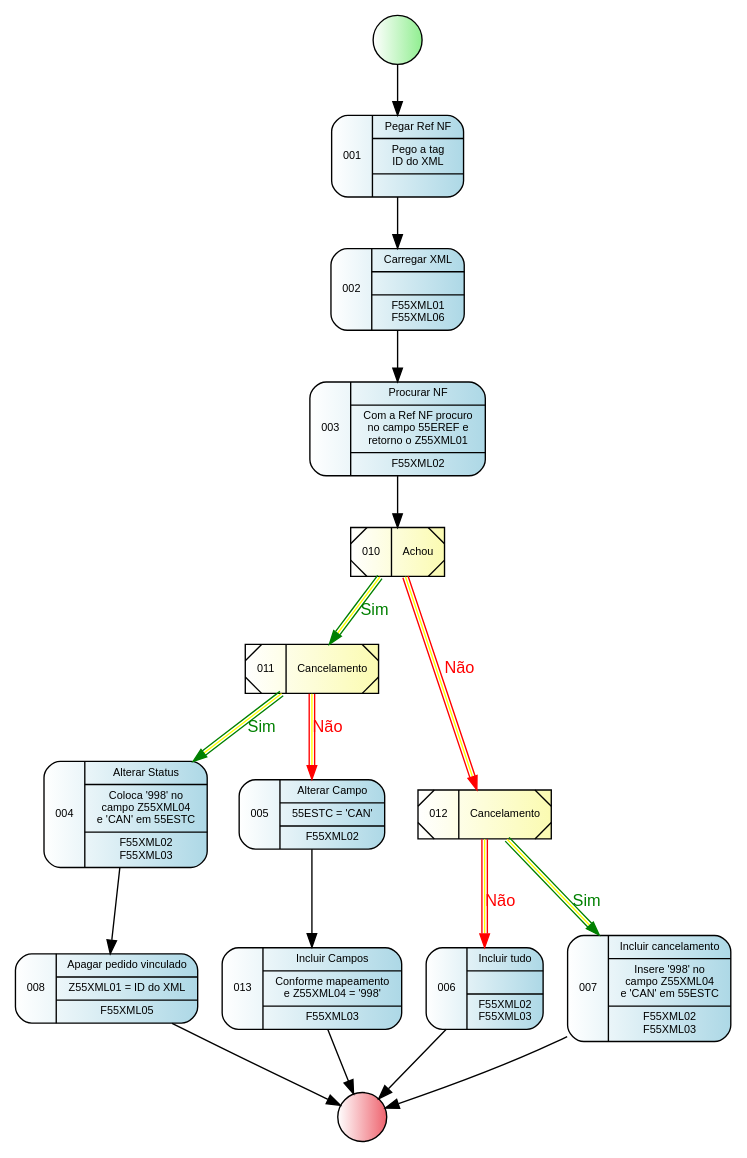
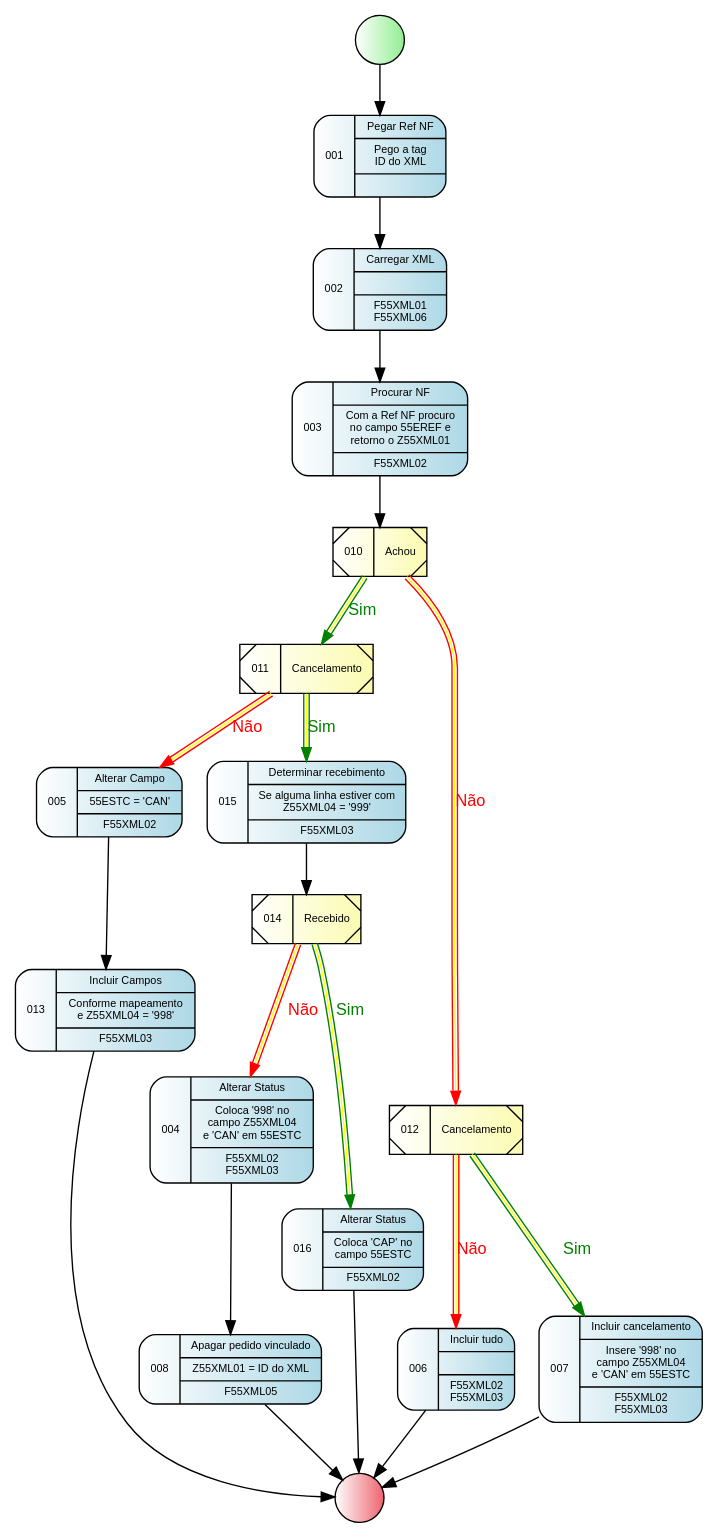
The diagram in XML Process.gv (GiovaniPM/Graphs), drawn with Graphviz before and after one commit.

Commit message:
Giovani_Mesquita(RBST10164) 200310164602

```diff
--- a/XML Process.gv
+++ b/XML Process.gv
@@ -1,126 +1,154 @@
 digraph R {
     nodeini [
                 shape=circle,
                 style="filled",
                 fillcolor="white:lightgreen",
                 label=""
             ]
     node001 [
                 fontname = "Arial",
                 fontsize = 8,
                 shape=record,
                 style="rounded,filled",
                 fillcolor="white:lightblue"
                 label="001|{Pegar Ref NF|Pego a tag\n ID do XML|}"
             ]
     node002 [
                 fontname = "Arial",
                 fontsize = 8,
                 shape=record,
                 style="rounded,filled",
                 fillcolor="white:lightblue"
                 label="002|{Carregar XML||F55XML01\nF55XML06}"
             ]
     node003 [
                 fontname = "Arial",
                 fontsize = 8,
                 shape=record,
                 style="rounded,filled",
                 fillcolor="white:lightblue"
                 label="003|{Procurar NF|Com a Ref NF procuro\nno campo 55EREF e\nretorno o Z55XML01|F55XML02}"
             ]
     node004 [
                 fontname = "Arial",
                 fontsize = 8,
                 shape=record,
                 style="rounded,filled",
                 fillcolor="white:lightblue"
                 label="004|{Alterar Status|Coloca '998' no\ncampo Z55XML04\ne 'CAN' em 55ESTC|F55XML02\nF55XML03}"
             ]
     node005 [
                 fontname = "Arial",
                 fontsize = 8,
                 shape=record,
                 style="rounded,filled",
                 fillcolor="white:lightblue"
                 label="005|{Alterar Campo|55ESTC = 'CAN'|F55XML02}"
             ]
     node006 [
                 fontname = "Arial",
                 fontsize = 8,
                 shape=record,
                 style="rounded,filled",
                 fillcolor="white:lightblue"
                 label="006|{Incluir tudo||F55XML02\nF55XML03}"
             ]
     node007 [
                 fontname = "Arial",
                 fontsize = 8,
                 shape=record,
                 style="rounded,filled",
                 fillcolor="white:lightblue"
                 label="007|{Incluir cancelamento|Insere '998' no\ncampo Z55XML04\ne 'CAN' em 55ESTC|F55XML02\nF55XML03}"
             ]
     node008 [
                 fontname = "Arial",
                 fontsize = 8,
                 shape=record,
                 style="rounded,filled",
                 fillcolor="white:lightblue"
                 label="008|{Apagar pedido vinculado|Z55XML01 = ID do XML|F55XML05}"
             ]
     node010 [
                 fontname = "Arial",
                 fontsize = 8,
                 shape=record,
                 style="diagonals,filled",
                 fillcolor="white:#fbfbb1"
                 label="010|Achou"
             ]
     node011 [
                 fontname = "Arial",
                 fontsize = 8,
                 shape=record,
                 style="diagonals,filled",
                 fillcolor="white:#fbfbb1"
                 label="011|Cancelamento"
             ]
     node012 [
                 fontname = "Arial",
                 fontsize = 8,
                 shape=record,
                 style="diagonals,filled",
                 fillcolor="white:#fbfbb1"
                 label="012|Cancelamento"
             ]
     node013 [
                 fontname = "Arial",
                 fontsize = 8,
                 shape=record,
                 style="rounded,filled",
                 fillcolor="white:lightblue"
                 label="013|{Incluir Campos|Conforme mapeamento\ne Z55XML04 = '998'|F55XML03}"
             ]
+    node014 [
+                fontname = "Arial",
+                fontsize = 8,
+                shape=record,
+                style="diagonals,filled",
+                fillcolor="white:#fbfbb1"
+                label="014|Recebido"
+            ]
+    node015 [
+                fontname = "Arial",
+                fontsize = 8,
+                shape=record,
+                style="rounded,filled",
+                fillcolor="white:lightblue"
+                label="015|{Determinar recebimento|Se alguma linha estiver com\nZ55XML04 = '999'|F55XML03}"
+            ]
+    node016 [
+                fontname = "Arial",
+                fontsize = 8,
+                shape=record,
+                style="rounded,filled",
+                fillcolor="white:lightblue"
+                label="016|{Alterar Status|Coloca 'CAP' no\ncampo 55ESTC|F55XML02}"
+            ]
     nodefin [
                 shape=circle,
                 style="filled",
                 fillcolor="white:#ee636e",
                 label=""
             ]
     nodeini -> node001
     node001 -> node002
     node002 -> node003
     node003 -> node010
     node010 -> node011 [fontname = "Arial", fontsize = 12, fontcolor="green", color="green:yellow:green", label="Sim"]
     node010 -> node012 [fontname = "Arial", fontsize = 12, fontcolor="red", color="red:yellow:red", label="Não"]
-    node011 -> node004 [fontname = "Arial", fontsize = 12, fontcolor="green", color="green:yellow:green", label="Sim"]
+    node011 -> node015 [fontname = "Arial", fontsize = 12, fontcolor="green", color="green:yellow:green", label="Sim"]
     node011 -> node005 [fontname = "Arial", fontsize = 12, fontcolor="red", color="red:yellow:red", label="Não"]
     node004 -> node008
     node012 -> node007 [fontname = "Arial", fontsize = 12, fontcolor="green", color="green:yellow:green", label="Sim"]
     node012 -> node006 [fontname = "Arial", fontsize = 12, fontcolor="red", color="red:yellow:red", label="Não"]
     node008 -> nodefin
     node006 -> nodefin
     node005 -> node013
+    node015 -> node014
     node013 -> nodefin
+    node014 -> node016 [fontname = "Arial", fontsize = 12, fontcolor="green", color="green:yellow:green", label="Sim"]
+    node014 -> node004 [fontname = "Arial", fontsize = 12, fontcolor="red", color="red:yellow:red", label="Não"]
+    node016 -> nodefin
     node007 -> nodefin
 }
```
